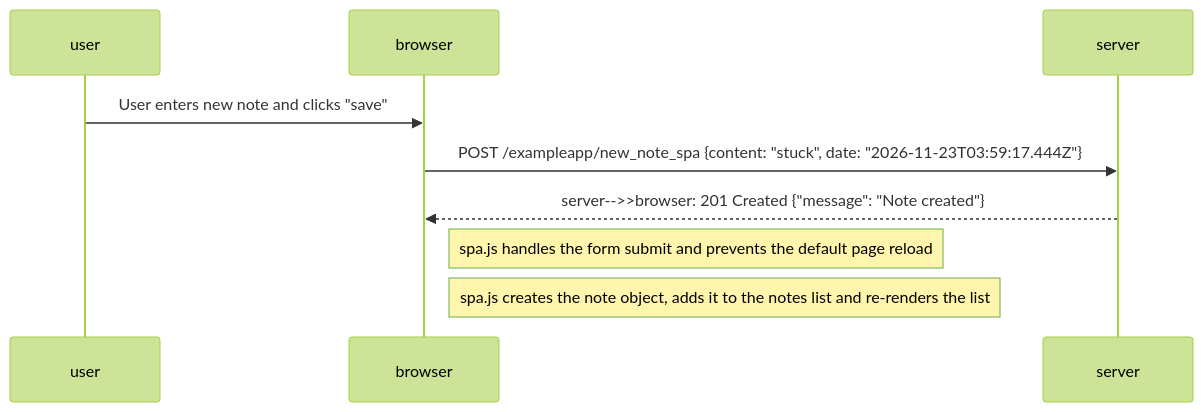
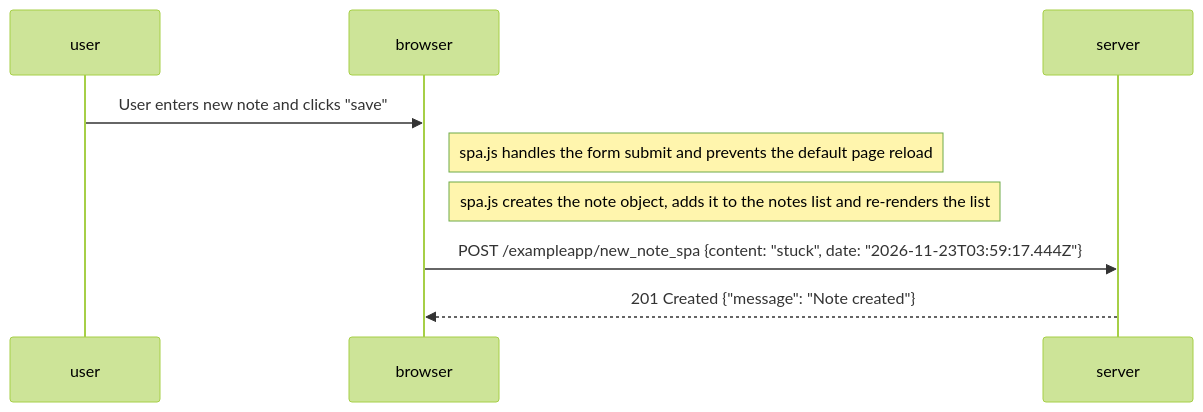
Before and after one commit to Flamespiker/fullstackopen: the diagram in part0/0.6_new_note_spa.md, drawn with Mermaid (forest theme).

Commit message:
Fix formatting in new_note_spa.md for clarity

````diff
--- a/part0/0.6_new_note_spa.md
+++ b/part0/0.6_new_note_spa.md
@@ -1,11 +1,11 @@
 ```mermaid
 sequenceDiagram
         participant user
         participant browser
         participant server
         user->>browser: User enters new note and clicks "save"
-        browser->>server: POST /exampleapp/new_note_spa {content: "stuck", date: "2026-11-23T03:59:17.444Z"}
-        server-->>browser:         server-->>browser: 201 Created {"message": "Note created"}
         Note right of browser: spa.js handles the form submit and prevents the default page reload
         Note right of browser: spa.js creates the note object, adds it to the notes list and re-renders the list
+        browser->>server: POST /exampleapp/new_note_spa {content: "stuck", date: "2026-11-23T03:59:17.444Z"}
+        server-->>browser: 201 Created {"message": "Note created"}
 ```
````
